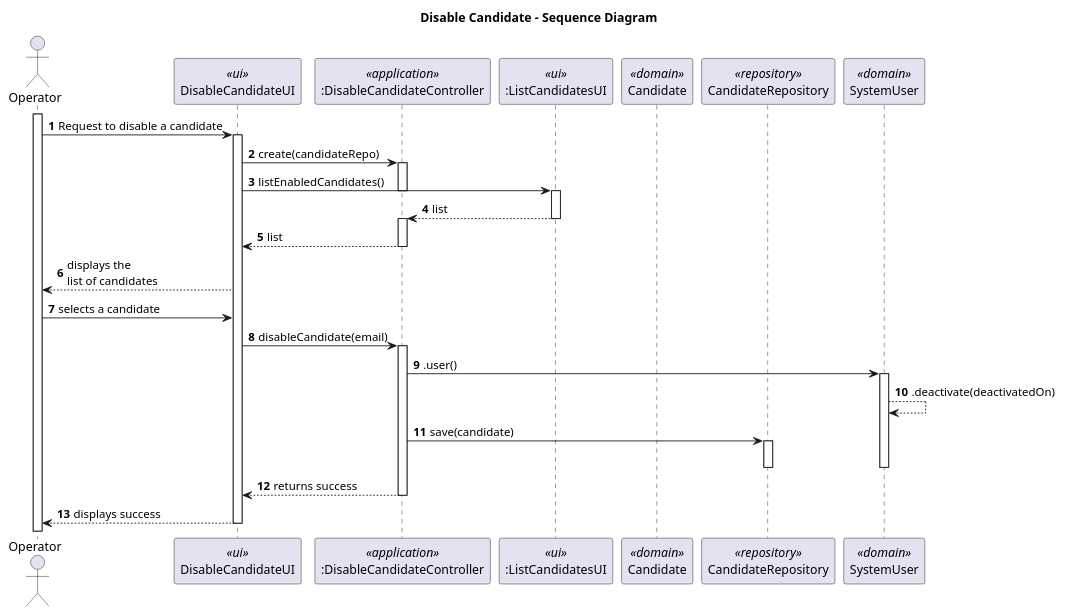
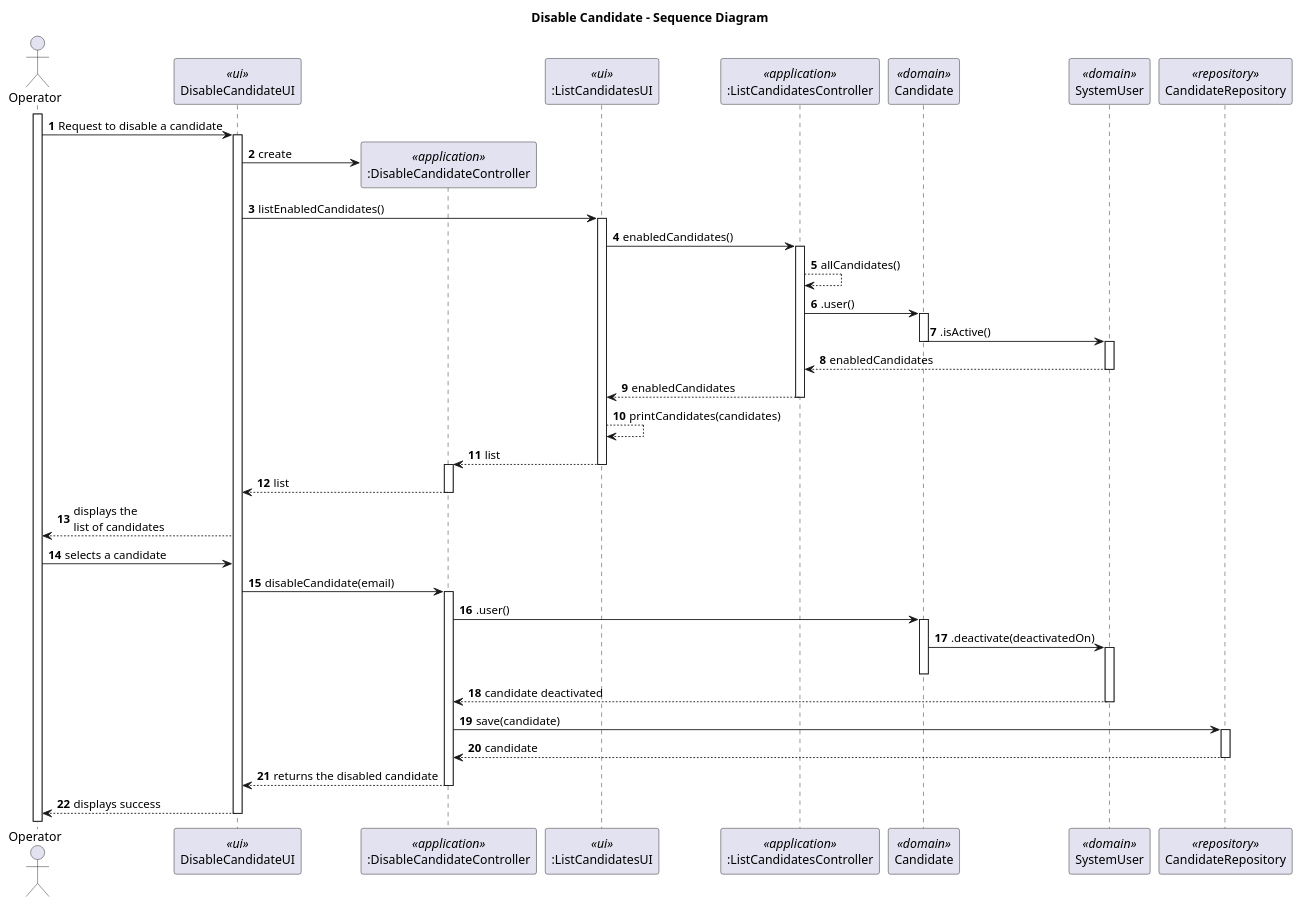
One commit to marcoferreira37/Lapr4 changed the diagram in docs/sprintC/2000b/SD2_DisableCandidate/2000b-sequence-diagram.puml. Above: the diagram before and after it, drawn with PlantUML. The commit also changed 1 other file, not shown here.

Commit message:
#37 last changes in the sequence diagram for 2000b

```diff
--- a/docs/sprintC/2000b/SD2_DisableCandidate/2000b-sequence-diagram.puml
+++ b/docs/sprintC/2000b/SD2_DisableCandidate/2000b-sequence-diagram.puml
@@ -1,45 +1,63 @@
 @startuml
 
 title Disable Candidate - Sequence Diagram
 
 autonumber
 actor Operator as ADM
 participant "DisableCandidateUI" as UI <<ui>>
 participant ":DisableCandidateController" as CTRL <<application>>
 participant ":ListCandidatesUI" as LUI <<ui>>
+participant ":ListCandidatesController" as LCTRL <<application>>
 participant "Candidate" as User <<domain>>
+participant "SystemUser" as SYS <<domain>>
 participant "CandidateRepository" as REPO <<repository>>
-participant "SystemUser" as SYS <<domain>>
+
 
 activate ADM
 ADM-> UI : Request to disable a candidate
 activate UI
-UI -> CTRL : create(candidateRepo)
-activate CTRL
+UI -> CTRL** : create
 UI -> LUI: listEnabledCandidates()
 deactivate CTRL
 activate LUI
+LUI->LCTRL:enabledCandidates()
+activate LCTRL
+LCTRL-->LCTRL: allCandidates()
+LCTRL-> User: .user()
+activate User
+User-> SYS : .isActive()
+deactivate User
+activate SYS
+SYS-->LCTRL:enabledCandidates
+deactivate SYS
+LCTRL-->LUI:enabledCandidates
+deactivate LCTRL
+LUI-->LUI:printCandidates(candidates)
 LUI-->CTRL: list
 deactivate LUI
 activate CTRL
 CTRL-->UI:list
 deactivate CTRL
 UI --> ADM : displays the \nlist of candidates
 deactivate LUI
 ADM -> UI : selects a candidate
 UI -> CTRL : disableCandidate(email)
 activate CTRL
-CTRL->SYS :.user()
+CTRL->User :.user()
+activate User
+User->SYS: .deactivate(deactivatedOn)
 activate SYS
-SYS-->SYS:.deactivate(deactivatedOn)
+deactivate User
+SYS--> CTRL: candidate deactivated
+deactivate SYS
 CTRL->REPO : save(candidate)
 activate REPO
-deactivate SYS
+REPO--> CTRL: candidate
 deactivate REPO
-CTRL --> UI : returns success
+CTRL --> UI : returns the disabled candidate
 deactivate CTRL
 UI --> ADM : displays success
 deactivate UI
 
 
 @enduml
```
